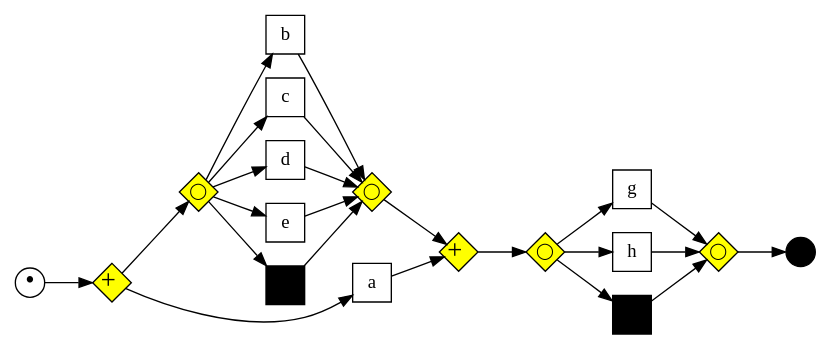
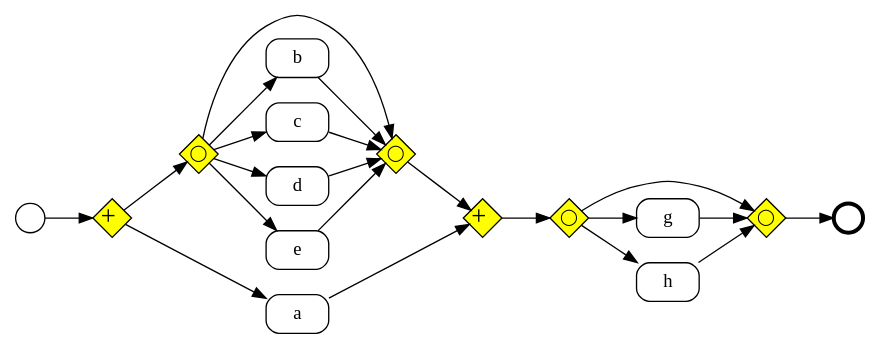
One commit to psm8/automated-business-process-discovery changed the diagram in PracaInzynierskaTex/examples/v8a7c1254l5.csv_21_4_13_211038_8672_3/graph.gv. Above: the diagram before and after it, drawn with Graphviz. The commit also changed 28 other files, not shown here.

```diff
--- a/PracaInzynierskaTex/examples/v8a7c1254l5.csv_21_4_13_211038_8672_3/graph.gv
+++ b/PracaInzynierskaTex/examples/v8a7c1254l5.csv_21_4_13_211038_8672_3/graph.gv
@@ -1,48 +1,48 @@
 digraph G {
   rankdir=LR;
+
   subgraph place {
     node [shape=circle,fixedsize=true,label="",height=.3,width=.3];
-    in [label="&bull;", fontsize=20];
-    out [style=filled,fillcolor=black];
+    in;
+    out[penwidth=3];
   }
   subgraph xorgate {
     node [shape=diamond,fixedsize=true,width=.4,height=.4,label=<&#x2715;>,fontsize=12,style=filled,fillcolor=yellow]
 
   }
   subgraph andgate {
     node [shape=diamond,fixedsize=true,width=.4,height=.4 label=<&#43;>,fontsize=20,style=filled,fillcolor=yellow]
     a1; a2;
   }
   subgraph optgate {
     node [shape=diamond,fixedsize=true,width=.4,height=.4,label=<&#9711;>,fontsize=12,style=filled,fillcolor=yellow]
     o1; o2; o3; o4;
   }
   subgraph transitions {
-    node [shape=rect,height=0.4,width=.4];
+    node [shape=Mrecord,height=0.4,width=.65];
     a; b; c; d; e; g; h;
   }
   subgraph skip {
     node [shape=rect,label="",height=0.4,width=.4,style=filled,fillcolor=black];
-    s1; s2;
   }
 
   # align horizontally
   {edge [weight=1]; a;b;c;d;e}
 
   in->a1;
   a1->o1;
   o1->d->o2;
   o1->b->o2;
   o1->c->o2;
   o1->e->o2;
-  o1->s1->o2;
+  o1->o2;
   a1->a->a2;
   o2->a2;
   a2->o3;
   o3->g->o4;
   o3->h->o4;
-  o3->s2->o4;
+  o3->o4;
   o4->out;
   # align vertically
-  {rank=same; b;c;d}
+  {rank=same; b;c;d;a}
 }
```
